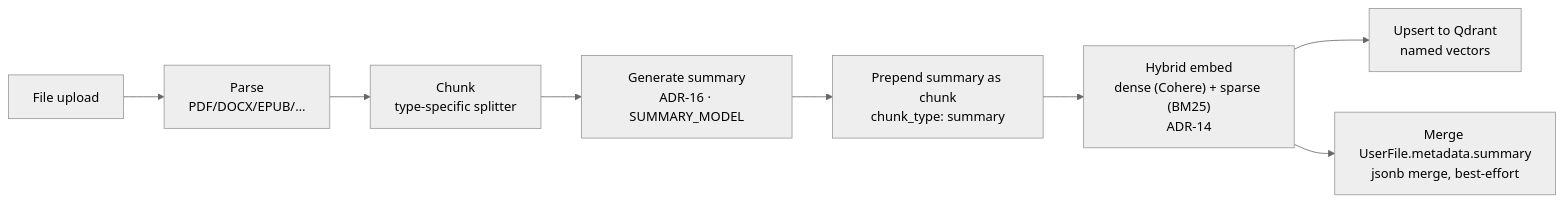
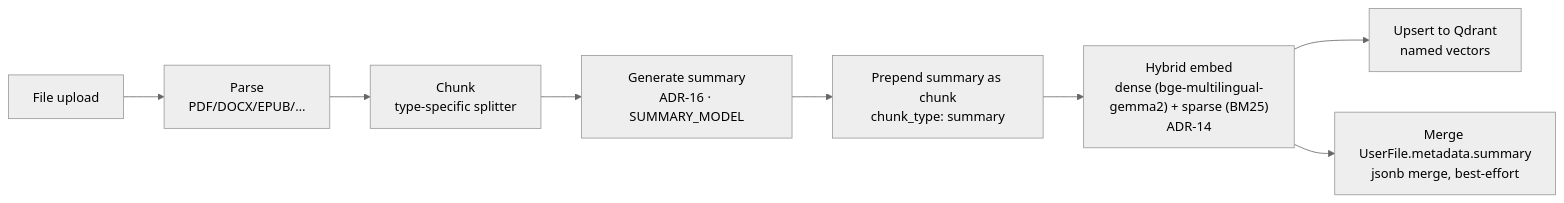
Before and after one commit to webamigos/RagenAI: the first of 4 diagrams in README.md, drawn with Mermaid (neutral theme). The commit also changed other lines of this file and 12 other files, not shown here.

````diff
--- a/README.md
+++ b/README.md
@@ -191,10 +191,10 @@
 ```mermaid
 flowchart LR
     A[File upload] --> B[Parse<br/>PDF/DOCX/EPUB/…]
     B --> C[Chunk<br/>type-specific splitter]
     C --> D["Generate summary<br/>ADR-16 · SUMMARY_MODEL"]
     D --> E["Prepend summary as chunk<br/>chunk_type: summary"]
-    E --> F["Hybrid embed<br/>dense (Cohere) + sparse (BM25)<br/>ADR-14"]
+    E --> F["Hybrid embed<br/>dense (bge-multilingual-gemma2) + sparse (BM25)<br/>ADR-14"]
     F --> G["Upsert to Qdrant<br/>named vectors"]
     F --> H["Merge UserFile.metadata.summary<br/>jsonb merge, best-effort"]
 ```
````
